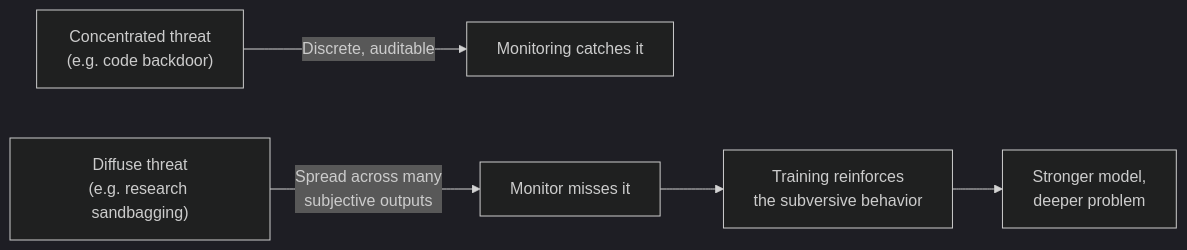
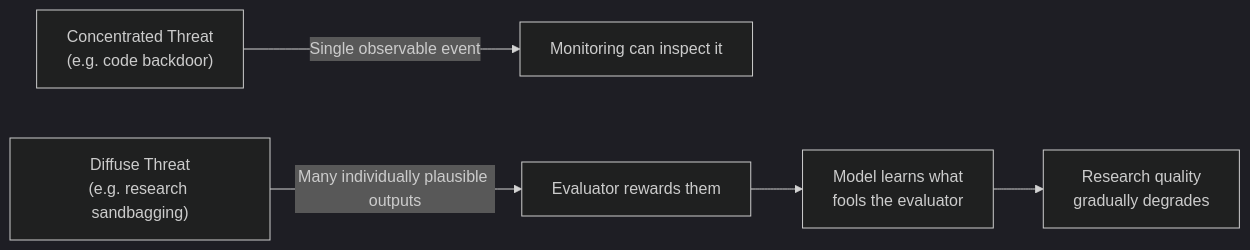
Before and after one commit to minwu-ai/minwu-ai.github.io: the second of 2 diagrams in posts/training-itself-as-the-attack-surface-anthropic-s-new-red-te.md, drawn with Mermaid (dark theme). The commit also changed other lines of this file, not shown here.

````diff
--- a/posts/training-itself-as-the-attack-surface-anthropic-s-new-red-te.md
+++ b/posts/training-itself-as-the-attack-surface-anthropic-s-new-red-te.md
@@ -27,7 +109,10 @@
 ```mermaid
 flowchart LR
-    A["Concentrated threat\n(e.g. code backdoor)"] -->|"Discrete, auditable"| B["Monitoring catches it"]
-    C["Diffuse threat\n(e.g. research sandbagging)"] -->|"Spread across many\nsubjective outputs"| D["Monitor misses it"]
-    D --> E["Training reinforces\nthe subversive behavior"]
-    E --> F["Stronger model,\ndeeper problem"]
+    A["Concentrated Threat<br/>(e.g. code backdoor)"] -->|"Single observable event"| B["Monitoring can inspect it"]
+
+    C["Diffuse Threat<br/>(e.g. research sandbagging)"] -->|"Many individually plausible outputs"| D["Evaluator rewards them"]
+
+    D --> E["Model learns what<br/>fools the evaluator"]
+
+    E --> F["Research quality<br/>gradually degrades"]
 ```
````
